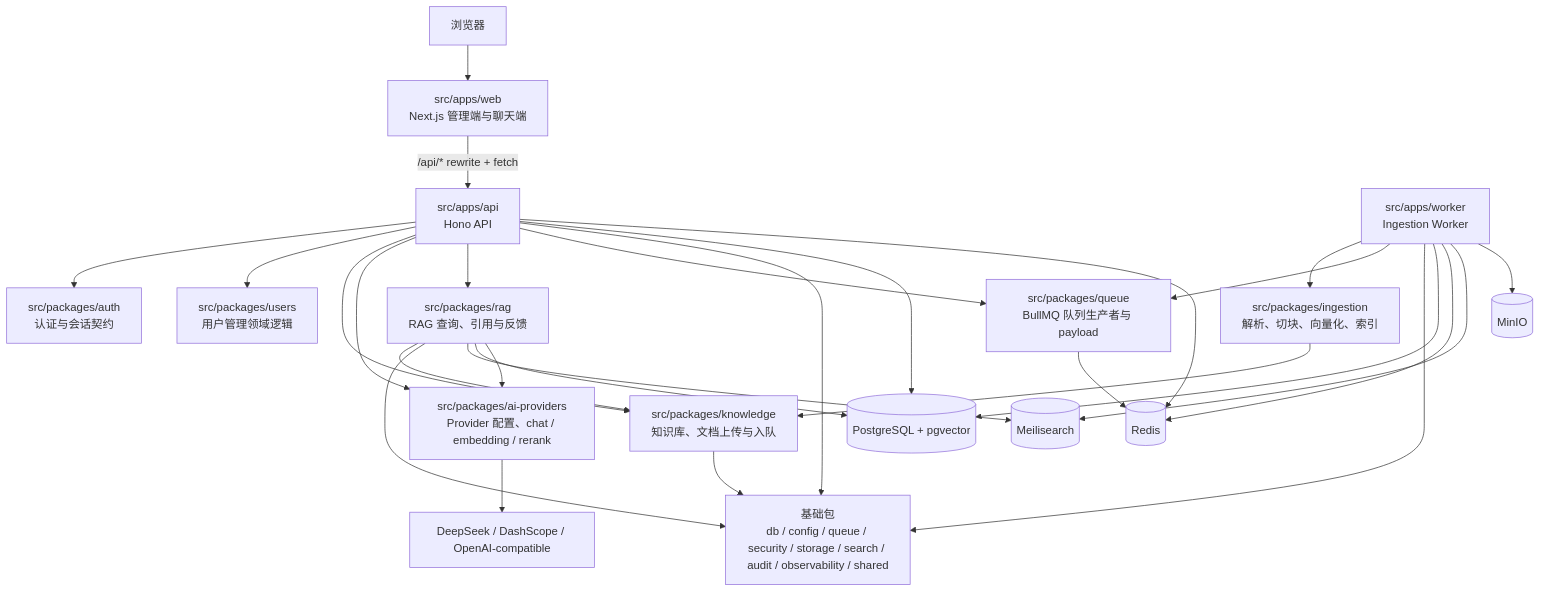
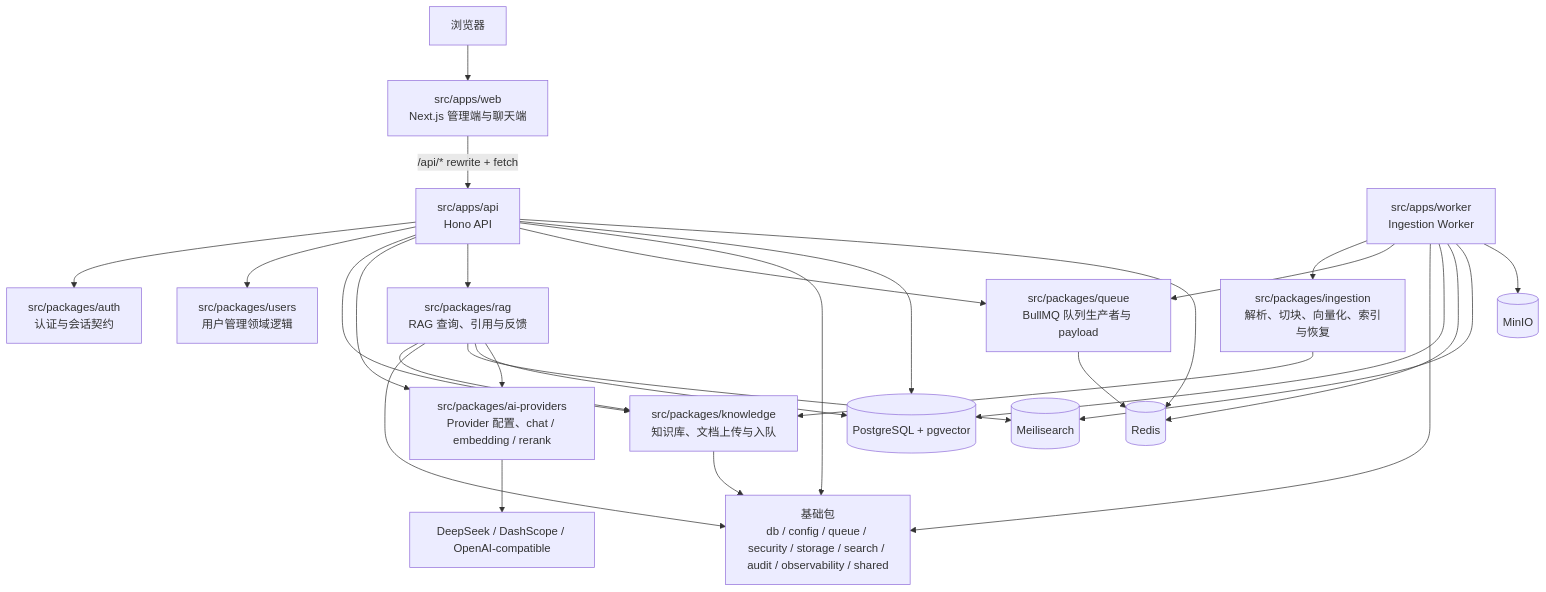
One commit to HashFlowSY/knowledge-base-ai-assistant-design changed the diagram in README.md. Above: the diagram before and after it, drawn with Mermaid. The commit also changed other lines of this file, not shown here.

````diff
--- a/README.md
+++ b/README.md
@@ -22,52 +22,52 @@
 ```mermaid
 flowchart TB
   Browser["浏览器"]
   Web["src/apps/web<br/>Next.js 管理端与聊天端"]
   API["src/apps/api<br/>Hono API"]
   Worker["src/apps/worker<br/>Ingestion Worker"]
 
   Auth["src/packages/auth<br/>认证与会话契约"]
   Users["src/packages/users<br/>用户管理领域逻辑"]
   KB["src/packages/knowledge<br/>知识库、文档上传与入队"]
-  Ingestion["src/packages/ingestion<br/>解析、切块、向量化、索引"]
+  Ingestion["src/packages/ingestion<br/>解析、切块、向量化、索引与恢复"]
   RAG["src/packages/rag<br/>RAG 查询、引用与反馈"]
   AI["src/packages/ai-providers<br/>Provider 配置、chat / embedding / rerank"]
   Queue["src/packages/queue<br/>BullMQ 队列生产者与 payload"]
   Infra["基础包<br/>db / config / queue / security / storage / search / audit / observability / shared"]
 
   Postgres[("PostgreSQL + pgvector")]
   Redis[("Redis")]
   Meili[("Meilisearch")]
   MinIO[("MinIO")]
   Providers["DeepSeek / DashScope / OpenAI-compatible"]
 
   Browser --> Web
   Web -->|/api/* rewrite + fetch| API
   API --> Auth
   API --> Users
   API --> KB
   API --> AI
   API --> RAG
   API --> Queue
   API --> Infra
   API --> Postgres
   API --> Redis
 
   Queue --> Redis
   Worker --> Ingestion
   Worker --> Queue
   Worker --> Infra
   Worker --> Postgres
   Worker --> Redis
   Worker --> Meili
   Worker --> MinIO
 
   KB --> Infra
   Ingestion --> KB
   RAG --> KB
   RAG --> Infra
   RAG --> Meili
   RAG --> Postgres
   RAG --> AI
   AI --> Providers
 ```
````
